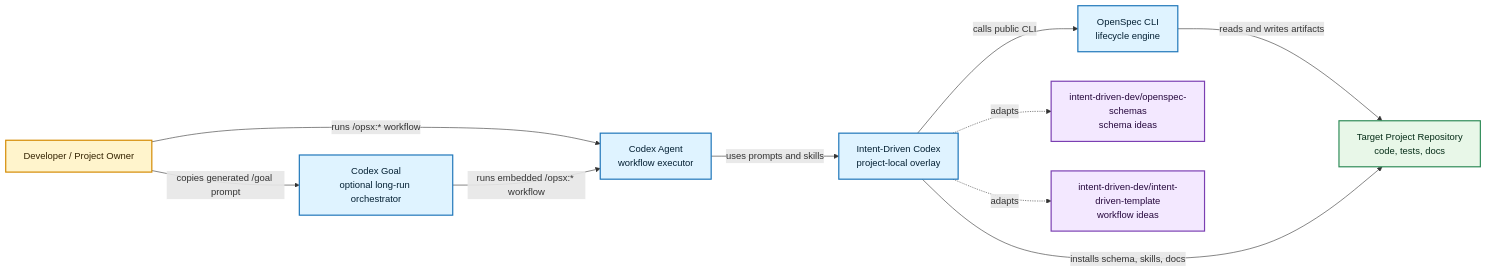
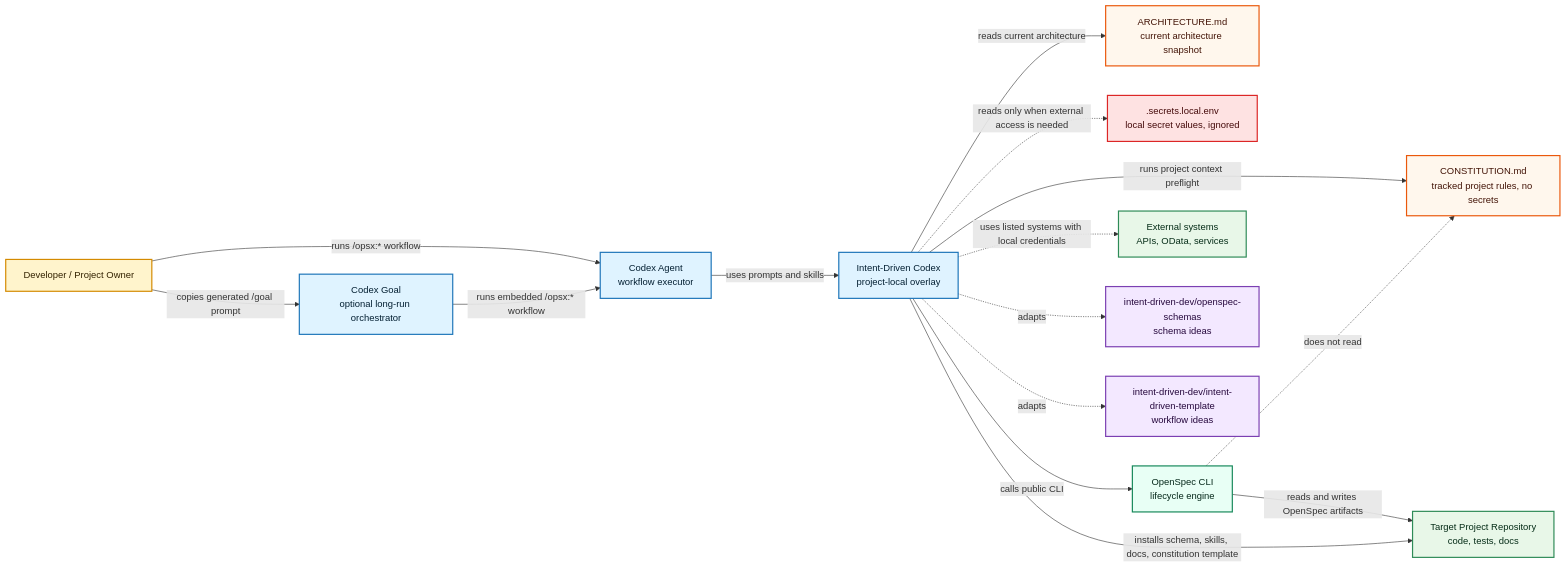
Before and after one commit to AlekseiSeleznev/intent-driven-codex: the first of 2 diagrams in README.md, drawn with Mermaid. The commit also changed other lines of this file and 84 other files, not shown here.

````diff
--- a/README.md
+++ b/README.md
@@ -74,30 +93,56 @@
 ```mermaid
 flowchart LR
   Dev["Developer / Project Owner"]
-  Codex["Codex Agent\nworkflow executor"]
-  CodexGoal["Codex Goal\noptional long-run orchestrator"]
-  Overlay["Intent-Driven Codex\nproject-local overlay"]
-  OpenSpec["OpenSpec CLI\nlifecycle engine"]
-  TargetRepo["Target Project Repository\ncode, tests, docs"]
-  UpstreamSchemas["intent-driven-dev/openspec-schemas\nschema ideas"]
-  UpstreamTemplate["intent-driven-dev/intent-driven-template\nworkflow ideas"]
+  Codex["Codex Agent
+workflow executor"]
+  CodexGoal["Codex Goal
+optional long-run orchestrator"]
+  Overlay["Intent-Driven Codex
+project-local overlay"]
+  Constitution["CONSTITUTION.md
+tracked project rules, no secrets"]
+  Architecture["ARCHITECTURE.md
+current architecture snapshot"]
+  LocalSecrets[".secrets.local.env
+local secret values, ignored"]
+  OpenSpec["OpenSpec CLI
+lifecycle engine"]
+  TargetRepo["Target Project Repository
+code, tests, docs"]
+  ExternalSystems["External systems
+APIs, OData, services"]
+  UpstreamSchemas["intent-driven-dev/openspec-schemas
+schema ideas"]
+  UpstreamTemplate["intent-driven-dev/intent-driven-template
+workflow ideas"]
 
   Dev -->|"runs /opsx:* workflow"| Codex
   Dev -->|"copies generated /goal prompt"| CodexGoal
   CodexGoal -->|"runs embedded /opsx:* workflow"| Codex
   Codex -->|"uses prompts and skills"| Overlay
+  Overlay -->|"runs project context preflight"| Constitution
+  Overlay -->|"reads current architecture"| Architecture
+  Overlay -. "reads only when external access is needed" .-> LocalSecrets
   Overlay -->|"calls public CLI"| OpenSpec
-  OpenSpec -->|"reads and writes artifacts"| TargetRepo
-  Overlay -->|"installs schema, skills, docs"| TargetRepo
+  OpenSpec -->|"reads and writes OpenSpec artifacts"| TargetRepo
+  Overlay -->|"installs schema, skills, docs, constitution template"| TargetRepo
+  Overlay -. "uses listed systems with local credentials" .-> ExternalSystems
+  OpenSpec -. "does not read" .-> Constitution
   Overlay -.->|"adapts"| UpstreamSchemas
   Overlay -.->|"adapts"| UpstreamTemplate
 
   classDef actor fill:#fff4cc,stroke:#d48a00,color:#332200,stroke-width:2px;
-  classDef system fill:#dff3ff,stroke:#1d75b9,color:#042033,stroke-width:2px;
+  classDef codex fill:#dff3ff,stroke:#1d75b9,color:#042033,stroke-width:2px;
+  classDef rules fill:#fff7ed,stroke:#ea580c,color:#431407,stroke-width:2px;
+  classDef secret fill:#fee2e2,stroke:#dc2626,color:#450a0a,stroke-width:2px;
+  classDef openspec fill:#e8fff5,stroke:#16885a,color:#06291b,stroke-width:2px;
   classDef repo fill:#e8f7e8,stroke:#2e8b57,color:#062d18,stroke-width:2px;
   classDef upstream fill:#f3e8ff,stroke:#7b3fb2,color:#26083d,stroke-width:2px;
   class Dev actor;
-  class Codex,CodexGoal,Overlay,OpenSpec system;
-  class TargetRepo repo;
+  class Codex,CodexGoal,Overlay codex;
+  class Constitution,Architecture rules;
+  class LocalSecrets secret;
+  class OpenSpec openspec;
+  class TargetRepo,ExternalSystems repo;
   class UpstreamSchemas,UpstreamTemplate upstream;
 ```
````
